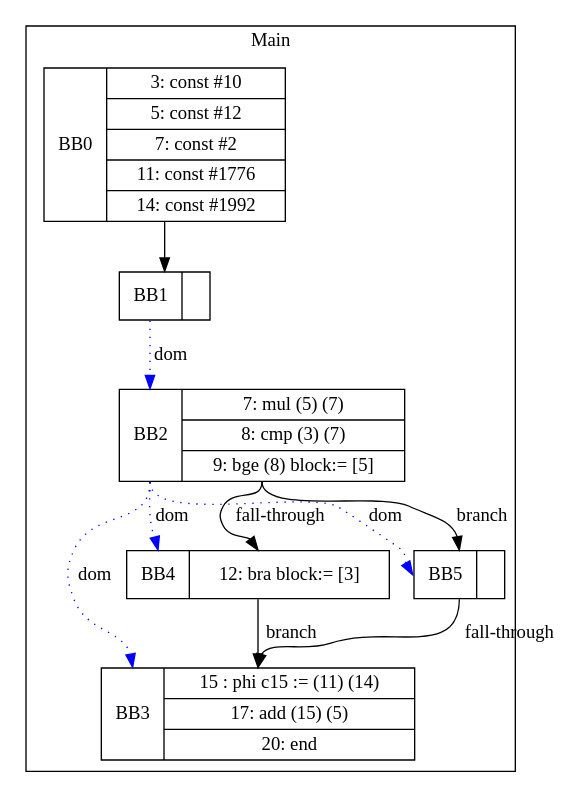
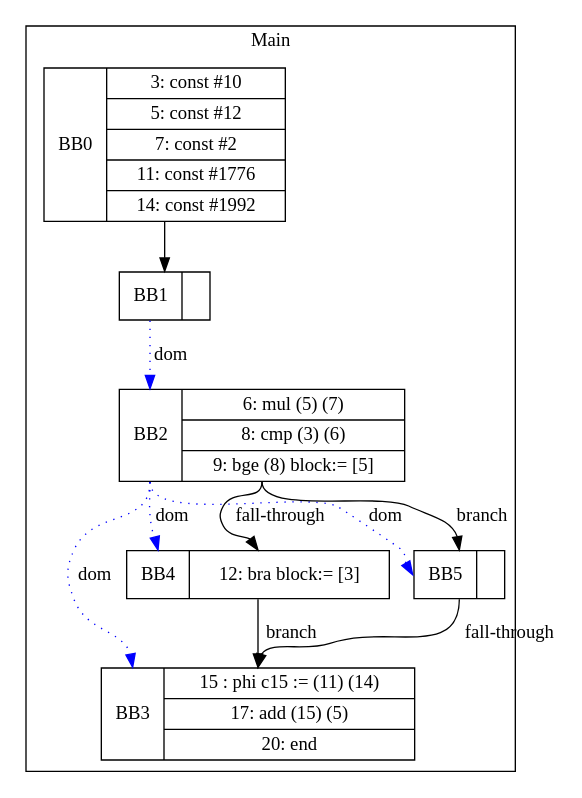
The diagram in visualization/jmcgowa/If_Else.gv (zjc664656505/UCI-CS241-Advanced-Compiler-main), drawn with Graphviz before and after one commit. The commit also changed 13 other files, not shown here.

```diff
--- a/visualization/jmcgowa/If_Else.gv
+++ b/visualization/jmcgowa/If_Else.gv
@@ -1,21 +1,21 @@
 digraph G {
 node [shape=record];
 subgraph cluster_main{
 label = "Main";
 BB0 [shape=record, label="<b>BB0|{3: const #10|5: const #12|7: const #2|11: const #1776|14: const #1992}"];
 BB1 [shape=record, label="<b>BB1|}"];
-BB2 [shape=record, label="<b>BB2|{7: mul (5) (7)|8: cmp (3) (7)|9: bge (8) block:= [5]}"];
+BB2 [shape=record, label="<b>BB2|{6: mul (5) (7)|8: cmp (3) (6)|9: bge (8) block:= [5]}"];
 BB3 [shape=record, label="<b>BB3|{15 : phi c15 := (11) (14)|17: add (15) (5)|20: end}"];
 BB4 [shape=record, label="<b>BB4|{12: bra block:= [3]}"];
 BB5 [shape=record, label="<b>BB5|}"];
 }
 BB0:s -> BB1:n ;
 BB2:b -> BB3:b [color=blue, style=dotted, label="dom"];
 BB2:b -> BB4:b [color=blue, style=dotted, label="dom"];
 BB1:b -> BB2:b [color=blue, style=dotted, label="dom"];
 BB2:b -> BB5:b [color=blue, style=dotted, label="dom"];
 BB2:s -> BB5:n [label="branch"];
 BB4:s -> BB3:n [label="branch"];
 BB5:s -> BB3:n [label="fall-through"];
 BB2:s -> BB4:n [label="fall-through"];
 }
```
